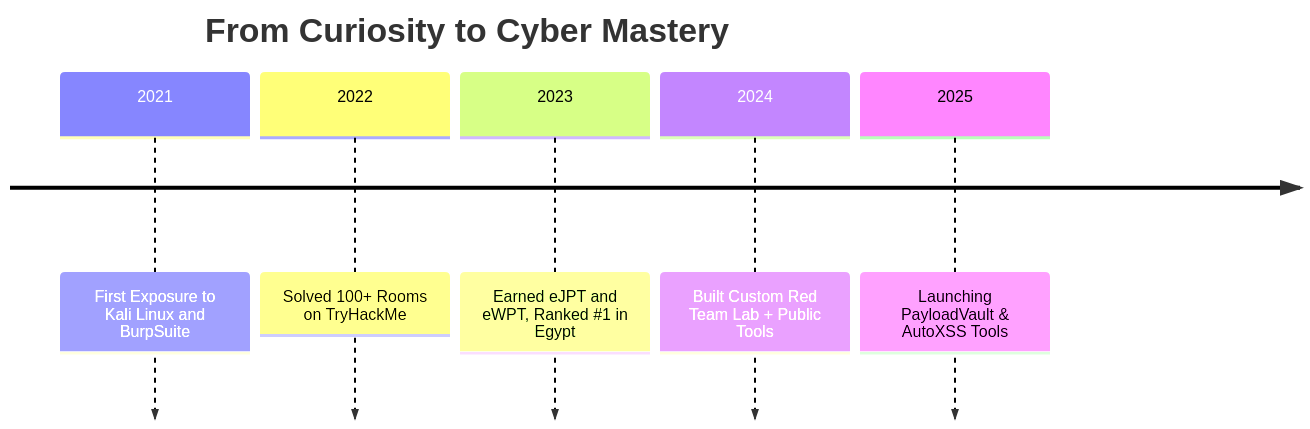
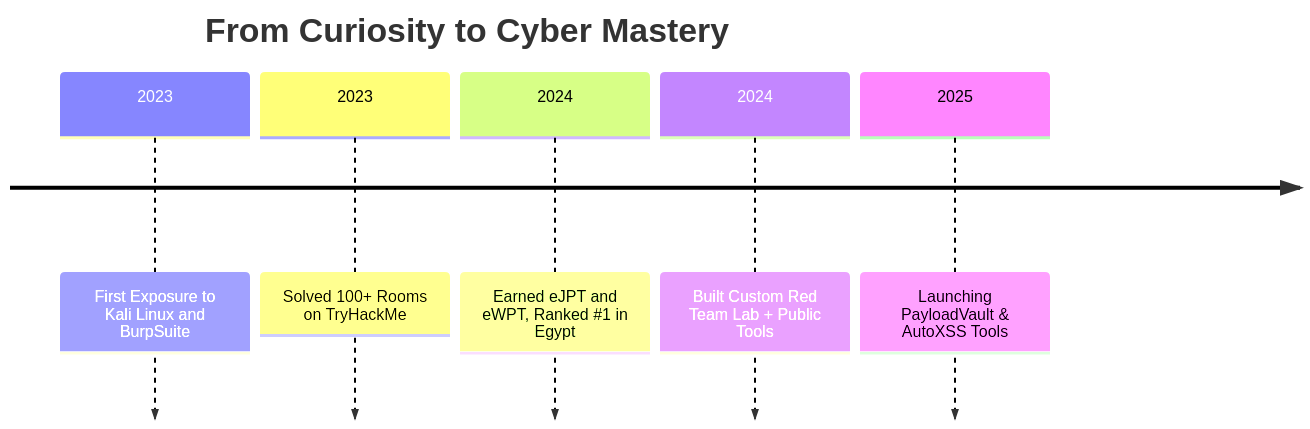
The diagram in README.md (0xyoussef404/0xyoussef404), drawn with Mermaid before and after one commit. The commit also changed other lines of this file, not shown here.

````diff
--- a/README.md
+++ b/README.md
@@ -34,9 +33,9 @@
 ```mermaid
 timeline
     title From Curiosity to Cyber Mastery
-    2021 : First Exposure to Kali Linux and BurpSuite
-    2022 : Solved 100+ Rooms on TryHackMe
-    2023 : Earned eJPT and eWPT, Ranked #1 in Egypt
+    2023 : First Exposure to Kali Linux and BurpSuite
+    2023 : Solved 100+ Rooms on TryHackMe
+    2024 : Earned eJPT and eWPT, Ranked #1 in Egypt
     2024 : Built Custom Red Team Lab + Public Tools
     2025 : Launching PayloadVault & AutoXSS Tools
 ```
````
